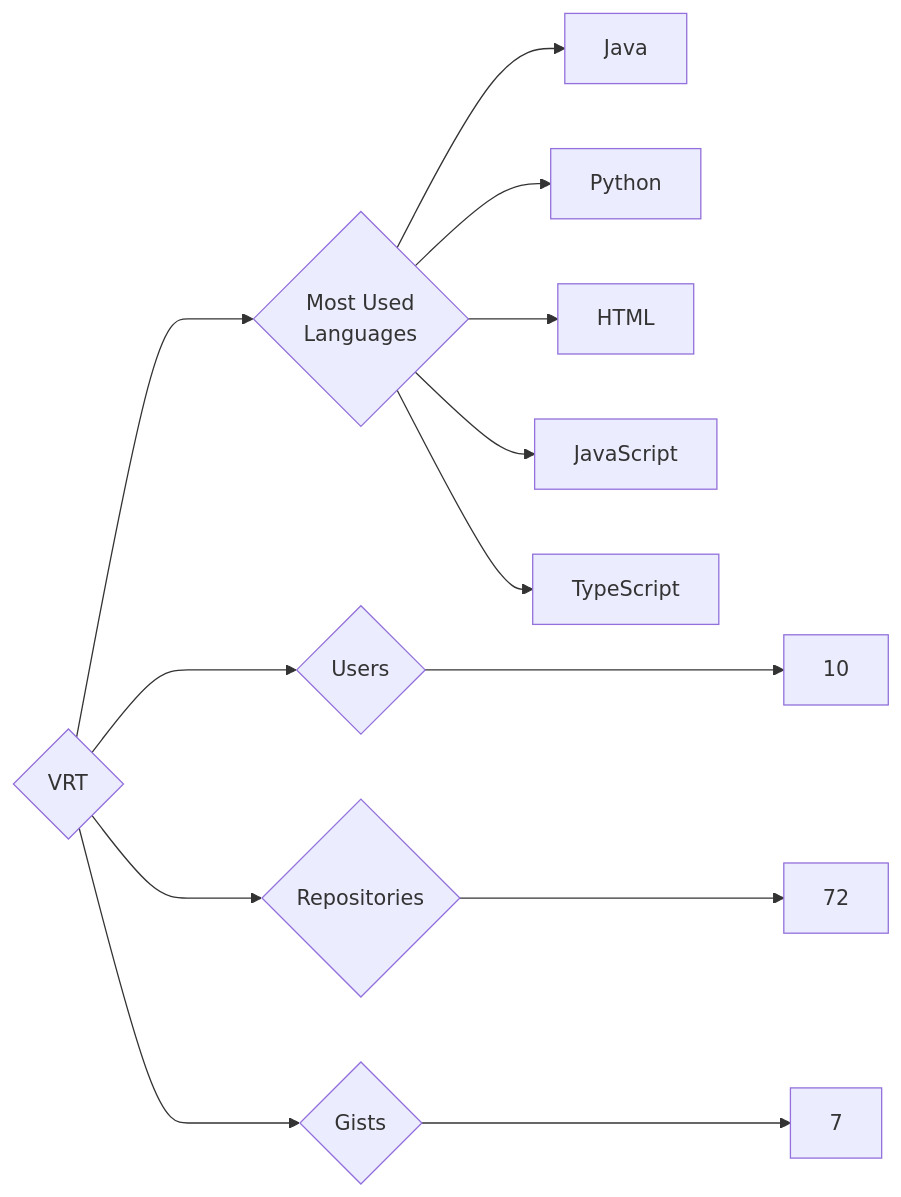
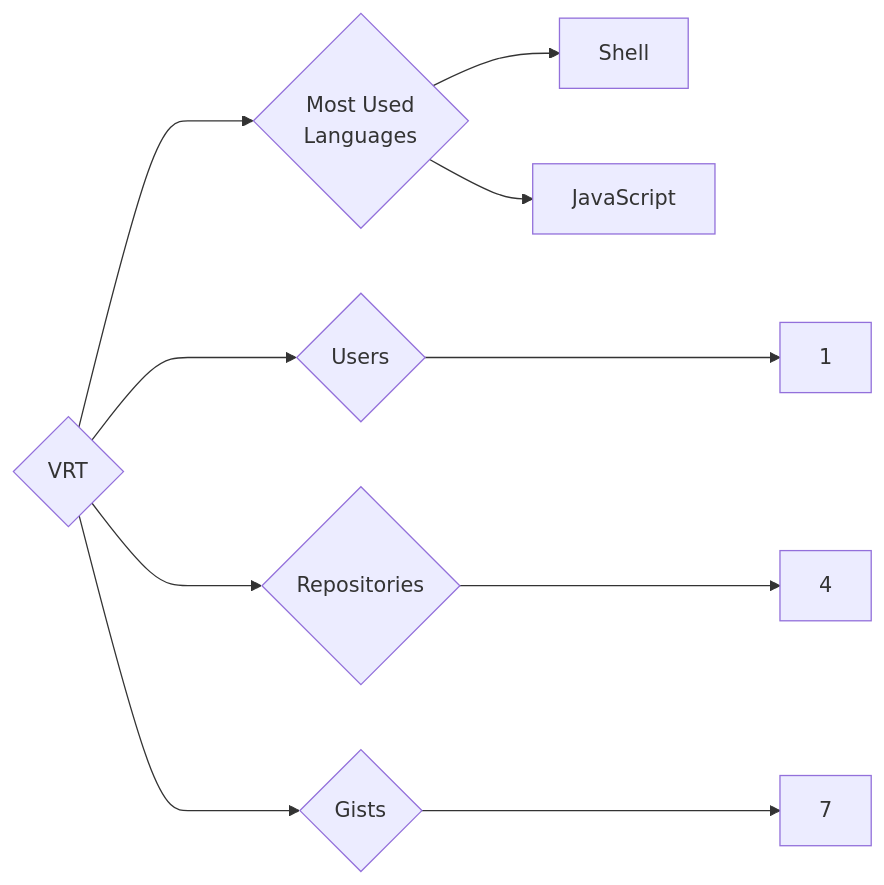
One commit to trickest/insiders changed the diagram in targets/VRT/README.md. Above: the diagram before and after it, drawn with Mermaid. The commit also changed 939 other files, not shown here.

````diff
--- a/targets/VRT/README.md
+++ b/targets/VRT/README.md
@@ -3,13 +3,10 @@
 ```mermaid
 graph LR
 COMPANY_NAME{VRT}
-COMPANY_NAME ---> U{Users} ---> UN[10]
-COMPANY_NAME ---> R{Repositories} ---> RN[72]
+COMPANY_NAME ---> U{Users} ---> UN[1]
+COMPANY_NAME ---> R{Repositories} ---> RN[4]
 COMPANY_NAME ---> G{Gists} ---> GN[7]
 COMPANY_NAME ---> ML{Most Used<br>Languages}
-ML --> Java[Java]
-ML --> Python[Python]
-ML --> HTML[HTML]
+ML --> Shell[Shell]
 ML --> JavaScript[JavaScript]
-ML --> TypeScript[TypeScript]
 ```
````
